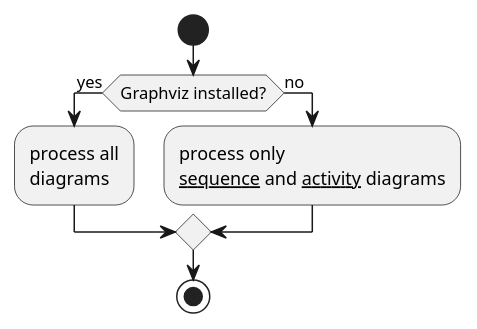
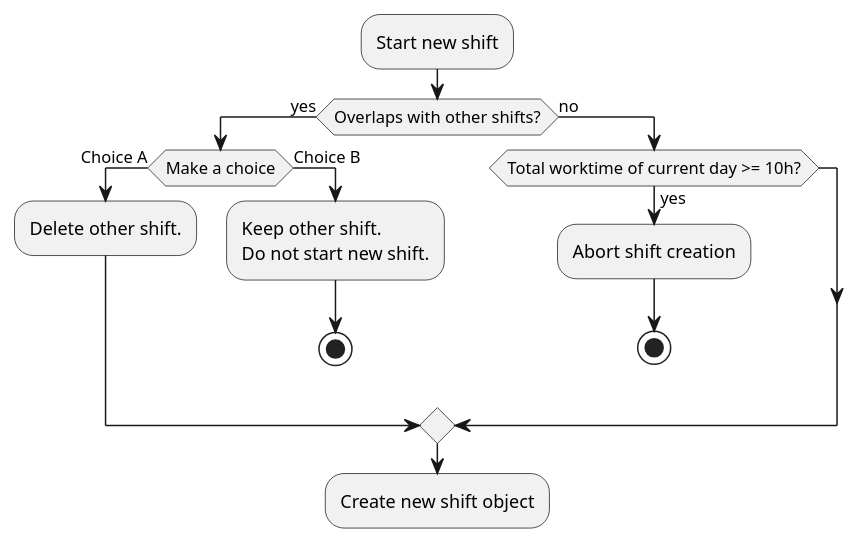
The first of 2 diagrams in diagrams/shifts.org (mimischi/clock-planning), drawn with PlantUML before and after one commit. The commit also changed other lines of this file and 3 other files, not shown here.

First line of the commit message:
Update flowchart for Shift object.

```diff
--- a/diagrams/shifts.org
+++ b/diagrams/shifts.org
@@ -1,12 +1,18 @@
-#+begin_src plantuml :file shifts.png
-start
-
-if (Graphviz installed?) then (yes)
-  :process all\ndiagrams;
+#+begin_src plantuml :file begin_shift.png
+:Start new shift;
+if (Overlaps with other shifts?) then (yes)
+  if (Make a choice) then (Choice A)
+    :Delete other shift.;
+  else (Choice B)
+    :Keep other shift.
+    Do not start new shift.;
+    stop
+  endif
 else (no)
-  :process only
-  __sequence__ and __activity__ diagrams;
+  if (Total worktime of current day >= 10h?) then (yes)
+    :Abort shift creation;
+    stop
+  endif
 endif
-
-stop
+:Create new shift object;
 #+end_src
```
